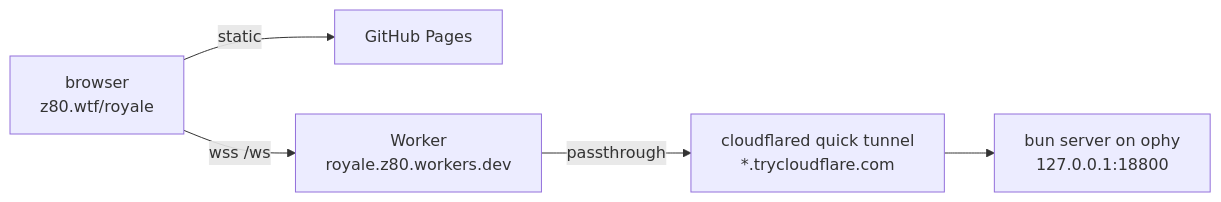
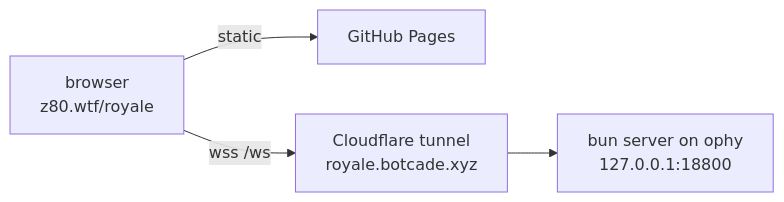
The diagram in README.md (z80dev/royale), drawn with Mermaid before and after one commit. The commit also changed other lines of this file and 7 other files, not shown here.

Commit message:
Backend via named Cloudflare tunnel royale.botcade.xyz (drop Worker front door)

````diff
--- a/README.md
+++ b/README.md
@@ -13,7 +13,6 @@
 ```mermaid
 flowchart LR
   B[browser<br/>z80.wtf/royale] -- static --> P[GitHub Pages]
-  B -- wss /ws --> W[Worker<br/>royale.z80.workers.dev]
-  W -- passthrough --> Q[cloudflared quick tunnel<br/>*.trycloudflare.com]
-  Q --> S[bun server on ophy<br/>127.0.0.1:18800]
+  B -- wss /ws --> T[Cloudflare tunnel<br/>royale.botcade.xyz]
+  T --> S[bun server on ophy<br/>127.0.0.1:18800]
 ```
````
